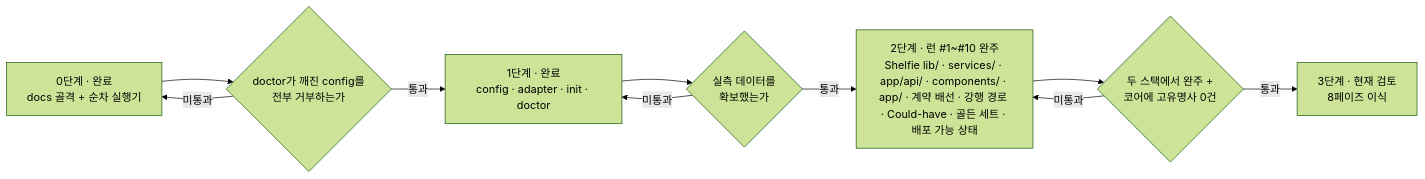
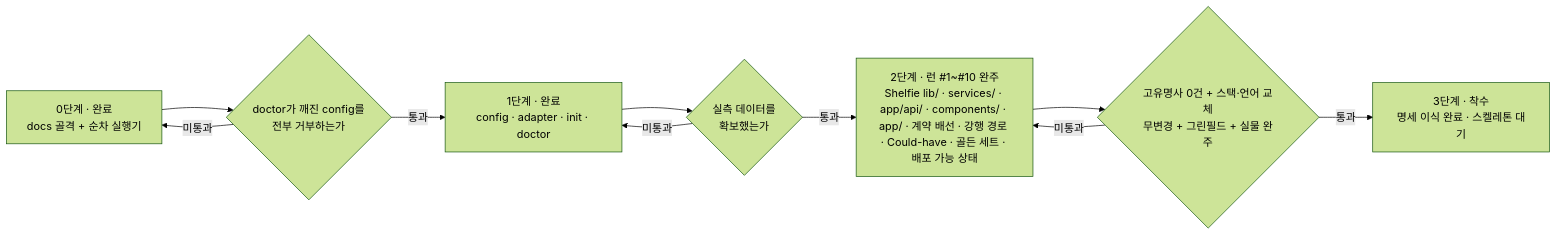
The first of 2 diagrams in docs/harness/ROADMAP.md (hyuham1335-stack/banana-island-ops), drawn with Mermaid (forest theme) before and after one commit. The commit also changed other lines of this file and 2 other files, not shown here.

First line of the commit message:
docs(harness): 8페이즈 명세를 team-spec 으로 이식하고 ADR-H013 을 기록한다

````diff
--- a/docs/harness/ROADMAP.md
+++ b/docs/harness/ROADMAP.md
@@ -54,18 +55,18 @@
 ```mermaid
 flowchart LR
     S0["0단계 · 완료<br/>docs 골격 + 순차 실행기"]
     S1["1단계 · 완료<br/>config · adapter · init · doctor"]
     S2["2단계 · 런 #1~#10 완주<br/>Shelfie lib/ · services/ · app/api/ · components/ · app/ · 계약 배선 · 강행 경로 · Could-have · 골든 세트 · 배포 가능 상태"]
-    S3["3단계 · 현재 검토<br/>8페이즈 이식"]
+    S3["3단계 · 착수<br/>명세 이식 완료 · 스켈레톤 대기"]
 
     S0 --> G1{"doctor가 깨진 config를<br/>전부 거부하는가"}
     G1 -->|통과| S1
     S1 --> G2{"실측 데이터를<br/>확보했는가"}
     G2 -->|통과| S2
-    S2 --> G3{"두 스택에서 완주 +<br/>코어에 고유명사 0건"}
+    S2 --> G3{"고유명사 0건 + 스택·언어 교체<br/>무변경 + 그린필드 + 실물 완주"}
     G3 -->|통과| S3
 
     G1 -->|미통과| S0
     G2 -->|미통과| S1
     G3 -->|미통과| S2
 ```
````
